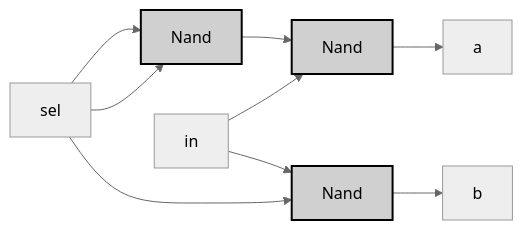
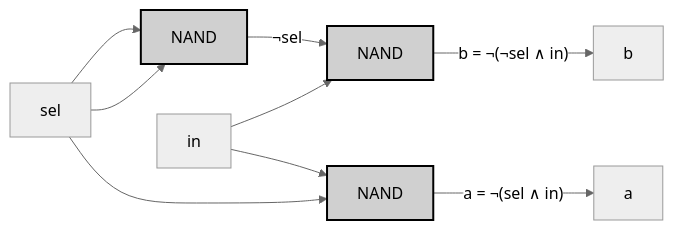
The second of 2 diagrams in 99_Projects/Nand2Tetris/HackHDL/06_DMux.md (MeJamoLeo/Vault_Templates), drawn with Mermaid (neutral theme) before and after one commit. The commit also changed other lines of this file, not shown here.

Commit message:
vault backup: 2025-03-12 02:31:50

````diff
--- a/99_Projects/Nand2Tetris/HackHDL/06_DMux.md
+++ b/99_Projects/Nand2Tetris/HackHDL/06_DMux.md
@@ -125,13 +125,13 @@
 ```mermaid
-graph LR;
-    sel["sel"] --> Nand1["Nand"]:::gate;
-    sel --> Nand1;
-    Nand1 --> Nand2["Nand"]:::gate;
-    in["in"] --> Nand2;
-    Nand2 --> a["a"];
-    in --> Nand3["Nand"]:::gate;
-    sel --> Nand3;
-    Nand3 --> b["b"];
+graph LR
+    sel["sel"] --> NAND1[NAND]:::gate
+    sel --> NAND1
+    NAND1 -->|"¬sel"| NAND3[NAND]:::gate
+    in["in"] --> NAND2[NAND]:::gate
+    in --> NAND3
+    sel --> NAND2
+    NAND2 -->|"a = ¬(sel ∧ in)"| a["a"]
+    NAND3 -->|"b = ¬(¬sel ∧ in)"| b["b"]
     
     classDef gate fill:#d0d0d0,stroke:#000,stroke-width:2px;
 ```
````
